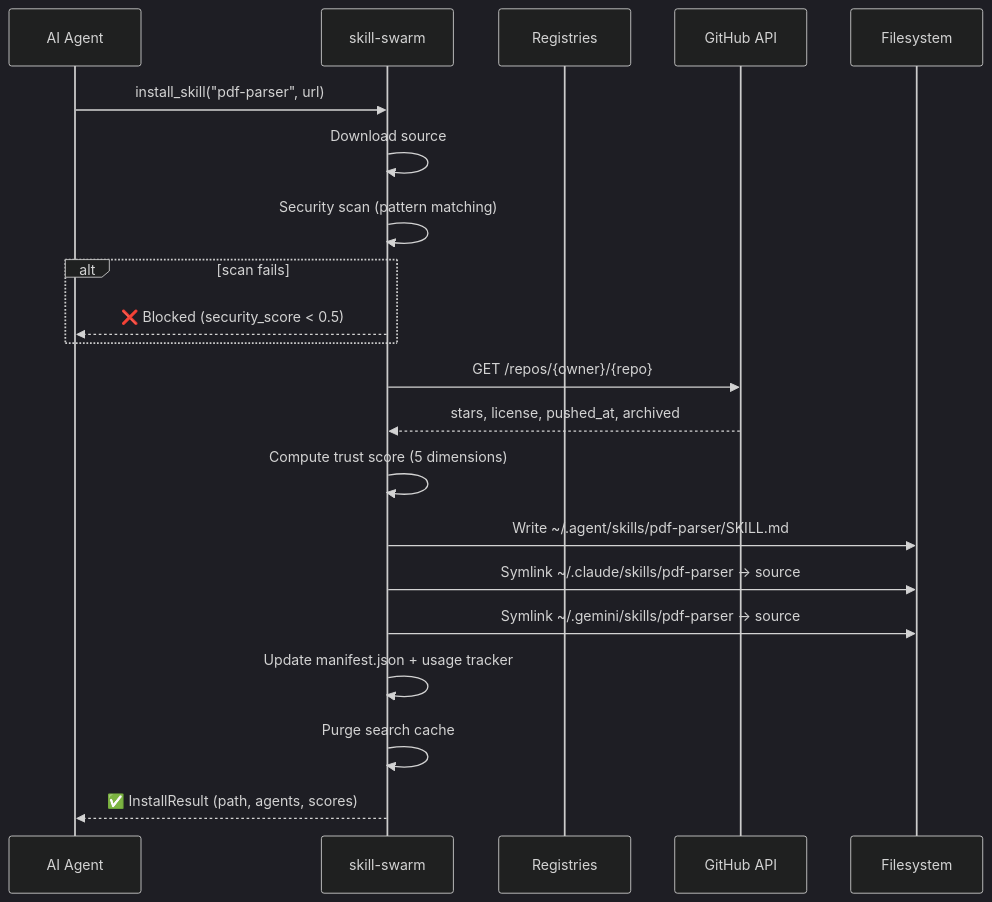
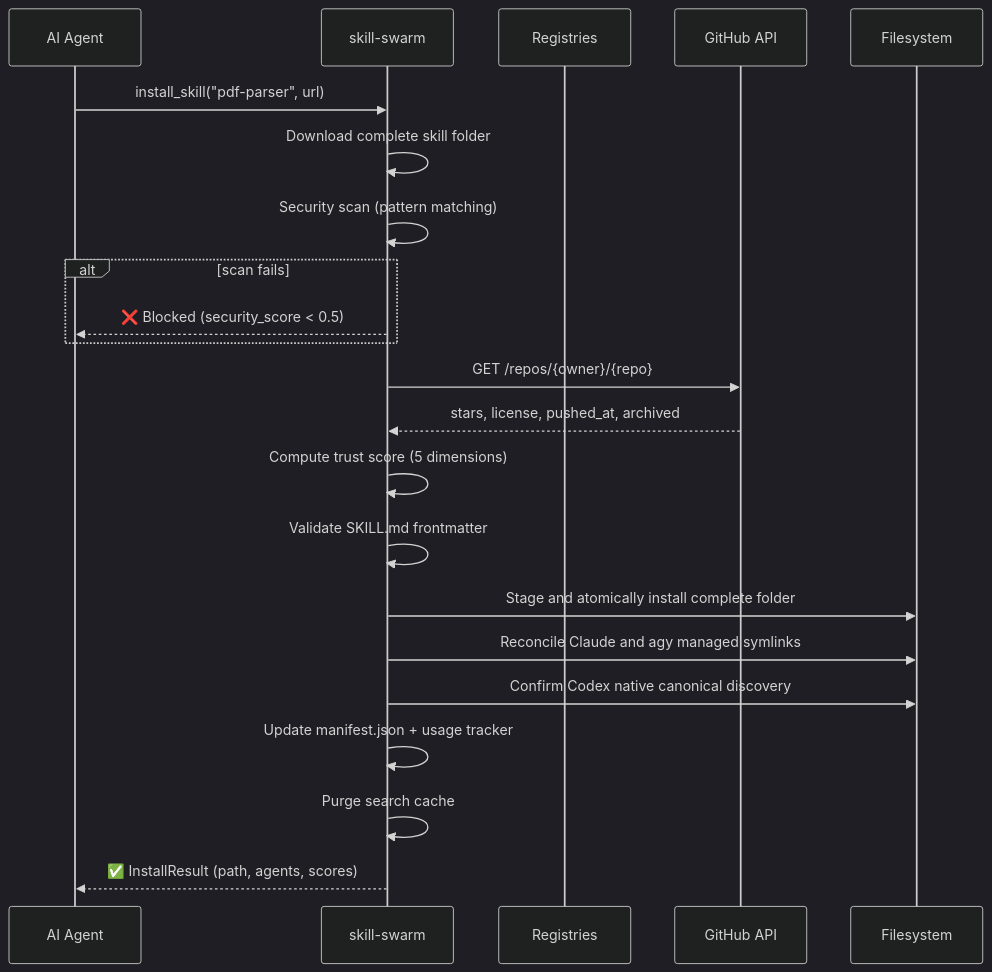
The fourth of 6 diagrams in README.md (ancrz/skill-swarm-mcp), drawn with Mermaid (dark theme) before and after one commit. The commit also changed other lines of this file and 16 other files, not shown here.

````diff
--- a/README.md
+++ b/README.md
@@ -124,24 +132,25 @@
 ```mermaid
 sequenceDiagram
     participant A as AI Agent
     participant S as skill-swarm
     participant R as Registries
     participant G as GitHub API
     participant FS as Filesystem
 
     A->>S: install_skill("pdf-parser", url)
-    S->>S: Download source
+    S->>S: Download complete skill folder
     S->>S: Security scan (pattern matching)
     alt scan fails
         S-->>A: ❌ Blocked (security_score < 0.5)
     end
     S->>G: GET /repos/{owner}/{repo}
     G-->>S: stars, license, pushed_at, archived
     S->>S: Compute trust score (5 dimensions)
-    S->>FS: Write ~/.agent/skills/pdf-parser/SKILL.md
-    S->>FS: Symlink ~/.claude/skills/pdf-parser → source
-    S->>FS: Symlink ~/.gemini/skills/pdf-parser → source
+    S->>S: Validate SKILL.md frontmatter
+    S->>FS: Stage and atomically install complete folder
+    S->>FS: Reconcile Claude and agy managed symlinks
+    S->>FS: Confirm Codex native canonical discovery
     S->>S: Update manifest.json + usage tracker
     S->>S: Purge search cache
     S-->>A: ✅ InstallResult (path, agents, scores)
 ```
````
